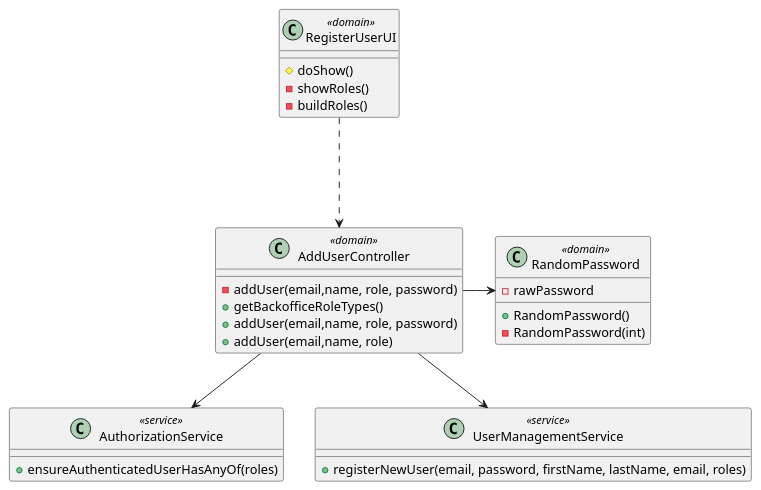
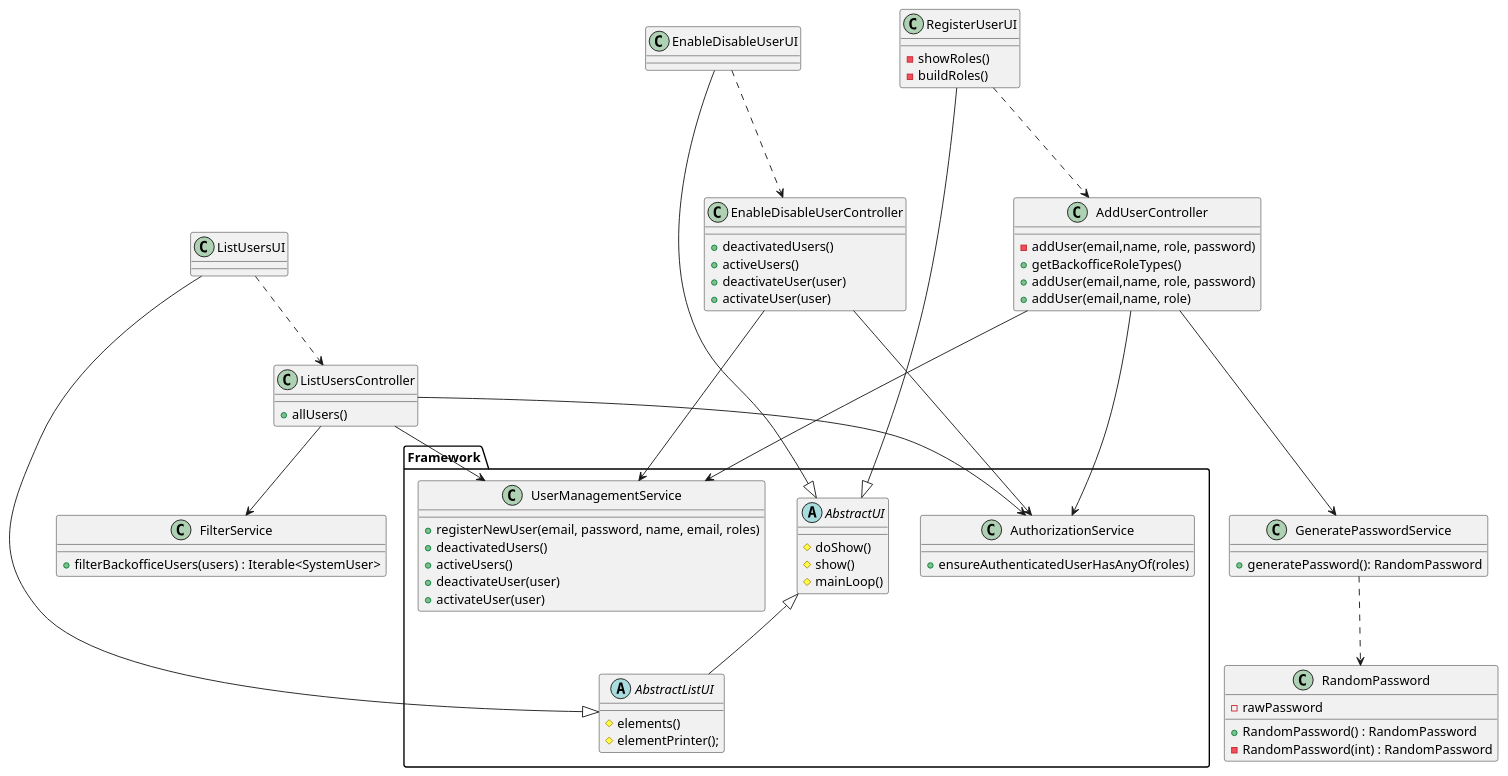
The diagram in docs/sb_us_1000/class-diagram.puml (rita-barbosa/LAPR4-2324), drawn with PlantUML before and after one commit. The commit also changed 1 other file, not shown here.

Commit message:
docs: updates us_1000 class diagram [#83]

```diff
--- a/docs/sb_us_1000/class-diagram.puml
+++ b/docs/sb_us_1000/class-diagram.puml
@@ -1,40 +1,104 @@
 @startuml
 
 
 ' Services
+package Framework {
+abstract class AbstractUI {
+    # doShow()
+    # show()
+    # mainLoop()
+}
+abstract class AbstractListUI{
+    # elements()
+    # elementPrinter();
+}
 
-class RegisterUserUI <<domain>> {
-# doShow()
+class AuthorizationService {
+    + ensureAuthenticatedUserHasAnyOf(roles)
+}
+
+class UserManagementService {
+    + registerNewUser(email, password, name, email, roles)
+    + deactivatedUsers()
+    + activeUsers()
+    + deactivateUser(user)
+    + activateUser(user)
+}
+
+}
+
+
+class RegisterUserUI {
 - showRoles()
 - buildRoles()
 }
+class ListUsersUI {
 
-class AddUserController <<domain>> {
+}
+class EnableDisableUserUI {
+
+}
+
+
+class AddUserController{
 - addUser(email,name, role, password)
 + getBackofficeRoleTypes()
 + addUser(email,name, role, password)
 + addUser(email,name, role)
 }
-
-class AuthorizationService <<service>> {
-+ ensureAuthenticatedUserHasAnyOf(roles)
+class ListUsersController  {
++ allUsers()
 }
 
-class UserManagementService <<service>> {
-+ registerNewUser(email, password, firstName, lastName, email, roles)
+class EnableDisableUserController  {
++ deactivatedUsers()
++ activeUsers()
++ deactivateUser(user)
++ activateUser(user)
 }
 
-class RandomPassword <<domain>> {
-- rawPassword
-+ RandomPassword()
-- RandomPassword(int)
+class GeneratePasswordService {
++ generatePassword(): RandomPassword
 }
 
+class FilterService{
++ filterBackofficeUsers(users) : Iterable<SystemUser>
+}
+
+class RandomPassword{
+- rawPassword
++ RandomPassword() : RandomPassword
+- RandomPassword(int) : RandomPassword
+}
+
+AbstractUI <|--- RegisterUserUI
+AbstractUI <|-- AbstractListUI
+AbstractListUI <|-- ListUsersUI
+AbstractUI <|- EnableDisableUserUI
+
+
 RegisterUserUI .--> AddUserController
-AddUserController --> AuthorizationService
-AddUserController --> UserManagementService
-AddUserController -> RandomPassword
+AddUserController ---> AuthorizationService
+AddUserController ---> UserManagementService
+AddUserController ---> GeneratePasswordService
+GeneratePasswordService .-> RandomPassword
+
+ListUsersUI .-> ListUsersController
+ListUsersController --> AuthorizationService
+ListUsersController ---> UserManagementService
+ListUsersController --> FilterService
+
+EnableDisableUserUI .--> EnableDisableUserController
+EnableDisableUserController ---> AuthorizationService
+EnableDisableUserController ---> UserManagementService
+
+
+
+
+
+
+
 
 
 
 @enduml
```
